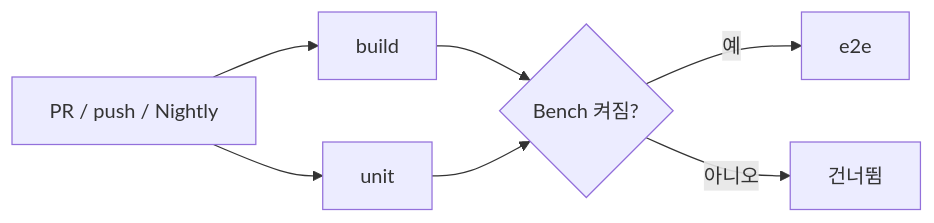
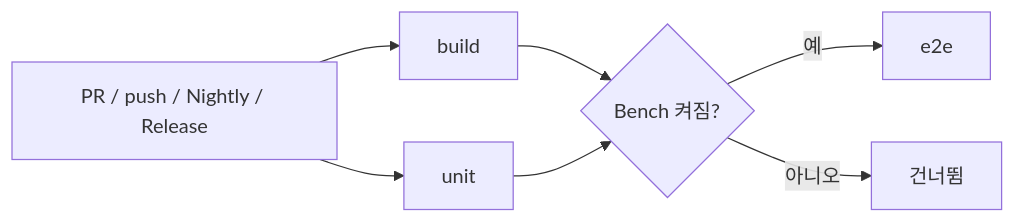
The second of 2 diagrams in docs/portfolio.md (bugspeaker/opencabin-ivi), drawn with Mermaid before and after one commit. The commit also changed other lines of this file and 329 other files, not shown here.

````diff
--- a/docs/portfolio.md
+++ b/docs/portfolio.md
@@ -287,9 +345,9 @@
 ```mermaid
 flowchart LR
-    E[PR / push / Nightly] --> B[build]
+    E[PR / push / Nightly / Release] --> B[build]
     E --> U[unit]
     B --> X{Bench 켜짐?}
     U --> X
     X -->|예| R[e2e]
     X -->|아니오| K[건너뜀]
 ```
````
